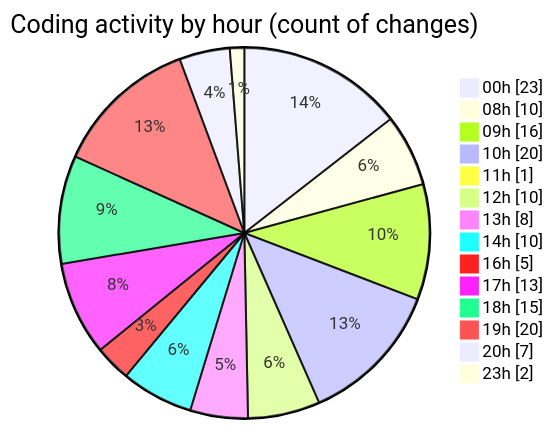
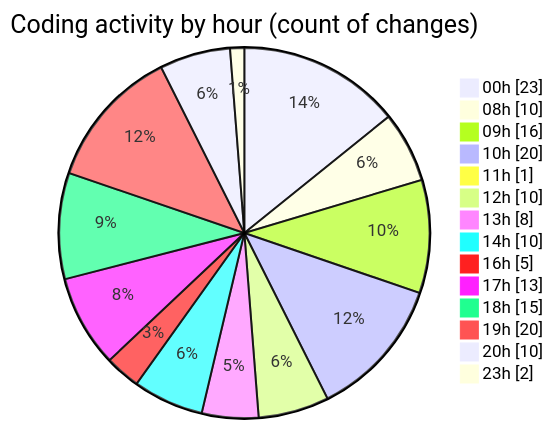
Before and after one commit to Elitesun/code-tracking: the second of 2 diagrams in 2025-05-29/advertise/README.md, drawn with Mermaid. The commit also changed other lines of this file and 1 other file, not shown here.

````diff
--- a/2025-05-29/advertise/README.md
+++ b/2025-05-29/advertise/README.md
@@ -48,18 +48,18 @@
 ```mermaid
 pie showData
 title Coding activity by hour (count of changes)
 "00h" : 23
 "08h" : 10
 "09h" : 16
 "10h" : 20
 "11h" : 1
 "12h" : 10
 "13h" : 8
 "14h" : 10
 "16h" : 5
 "17h" : 13
 "18h" : 15
 "19h" : 20
-"20h" : 7
+"20h" : 10
 "23h" : 2
 ```
````
